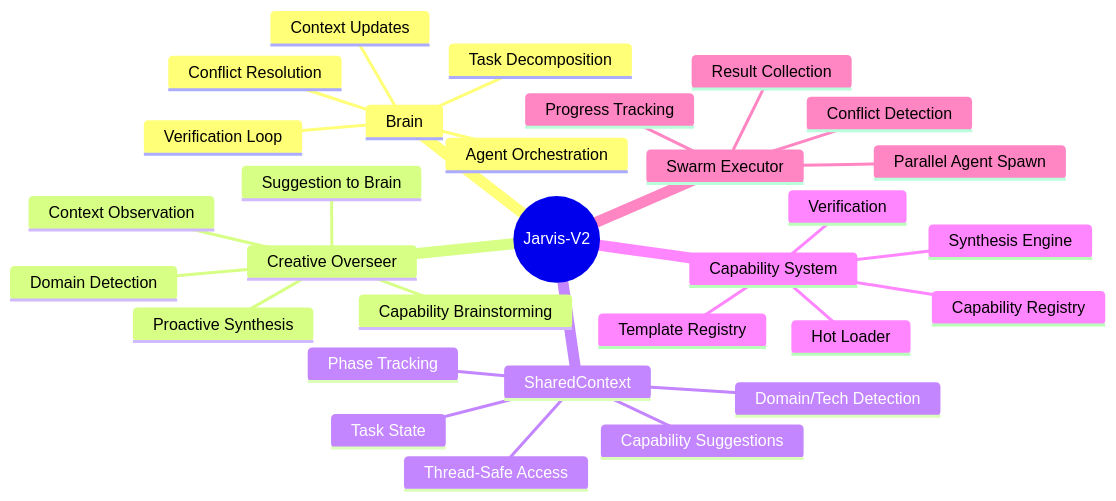
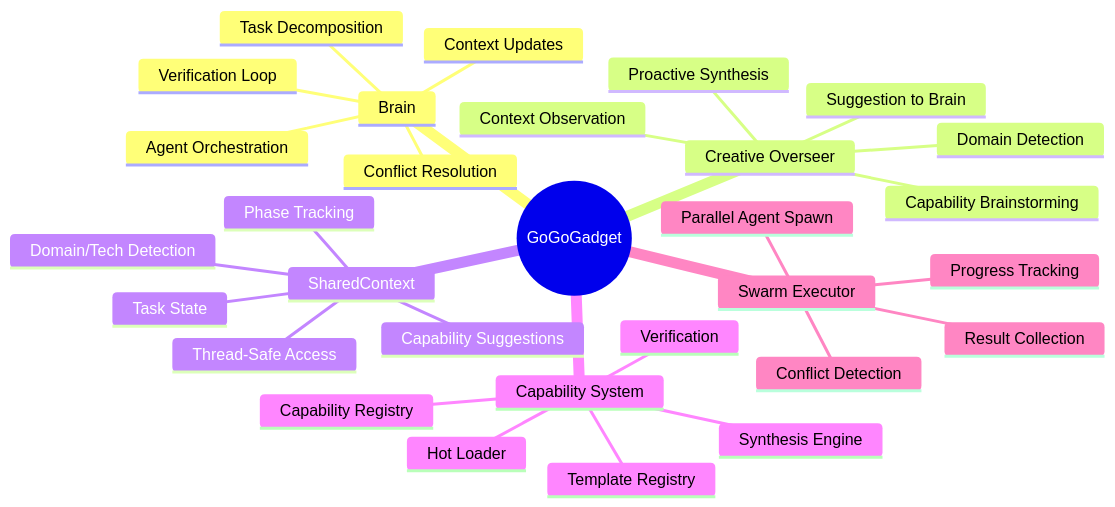
One commit to perrywinkle1/gogo-gadget changed the fifth of 5 diagrams in docs/architecture-flowchart.md. Above: the diagram before and after it, drawn with Mermaid. The commit also changed other lines of this file and 40 other files, not shown here.

````diff
--- a/docs/architecture-flowchart.md
+++ b/docs/architecture-flowchart.md
@@ -224,33 +224,33 @@
 ```mermaid
 mindmap
-    root((Jarvis-V2))
+    root((GoGoGadget))
         Brain
             Task Decomposition
             Agent Orchestration
             Conflict Resolution
             Verification Loop
             Context Updates
         Creative Overseer
             Context Observation
             Domain Detection
             Capability Brainstorming
             Proactive Synthesis
             Suggestion to Brain
         SharedContext
             Task State
             Phase Tracking
             Domain/Tech Detection
             Capability Suggestions
             Thread-Safe Access
         Capability System
             Synthesis Engine
             Template Registry
             Hot Loader
             Capability Registry
             Verification
         Swarm Executor
             Parallel Agent Spawn
             Result Collection
             Conflict Detection
             Progress Tracking
 ```
````
